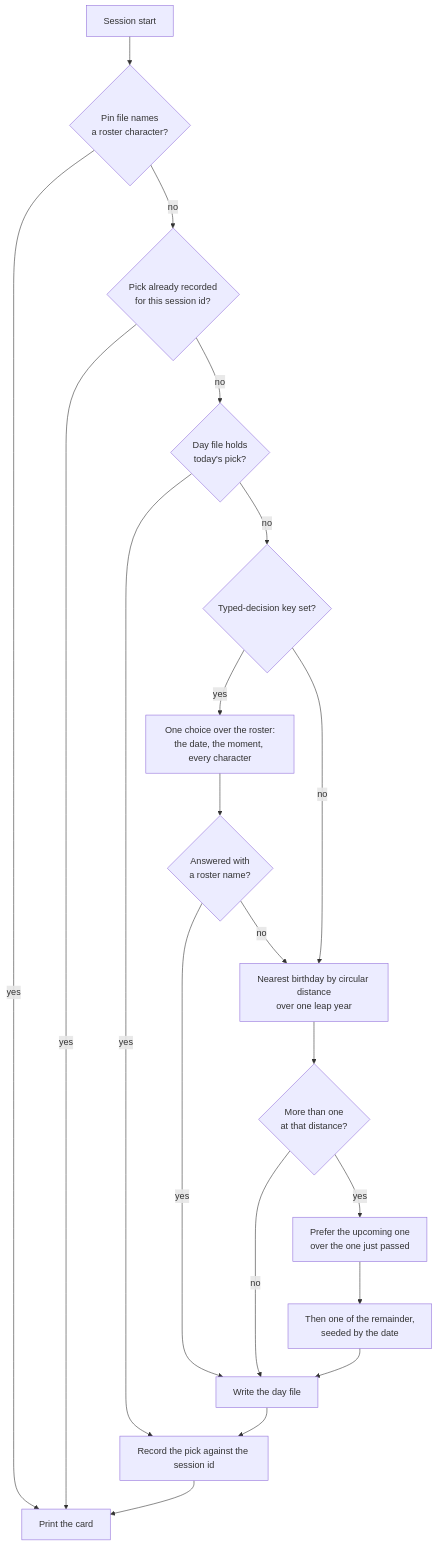
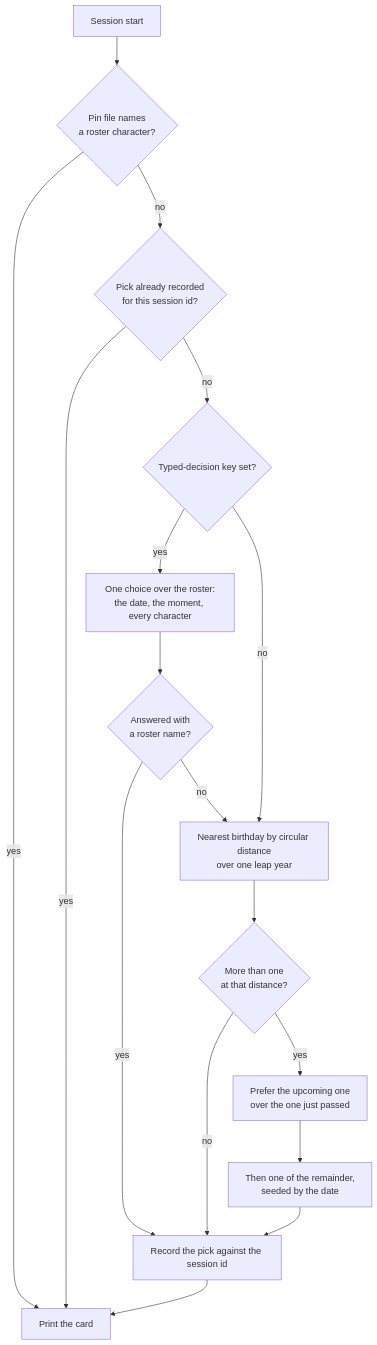
One commit to Esposter/Esposter changed the second of 4 diagrams in apps/web/content/docs/infra/claude-interface/persona-plugin.md. Above: the diagram before and after it, drawn with Mermaid. The commit also changed other lines of this file and 11 other files, not shown here.

First line of the commit message:
feat(genshin-persona): the lore pick asks the tier at every session start instead of caching the day's answer

````diff
--- a/apps/web/content/docs/infra/claude-interface/persona-plugin.md
+++ b/apps/web/content/docs/infra/claude-interface/persona-plugin.md
@@ -64,37 +64,32 @@
 ```mermaid
 flowchart TD
     Start[Session start]
     Pinned{Pin file names<br/>a roster character?}
     Known{Pick already recorded<br/>for this session id?}
-    Day{Day file holds<br/>today's pick?}
     Key{Typed-decision key set?}
     Lore[One choice over the roster:<br/>the date, the moment, every character]
     Answered{Answered with<br/>a roster name?}
     Nearest[Nearest birthday by circular distance<br/>over one leap year]
     Tie{More than one<br/>at that distance?}
     Upcoming[Prefer the upcoming one<br/>over the one just passed]
     Seeded[Then one of the remainder,<br/>seeded by the date]
-    Settle[Write the day file]
     Record[Record the pick against the session id]
     Print[Print the card]
 
     Start --> Pinned
     Pinned -- yes --> Print
     Pinned -- no --> Known
     Known -- yes --> Print
-    Known -- no --> Day
-    Day -- yes --> Record
-    Day -- no --> Key
+    Known -- no --> Key
     Key -- yes --> Lore
     Key -- no --> Nearest
     Lore --> Answered
-    Answered -- yes --> Settle
+    Answered -- yes --> Record
     Answered -- no --> Nearest
     Nearest --> Tie
-    Tie -- no --> Settle
+    Tie -- no --> Record
     Tie -- yes --> Upcoming
     Upcoming --> Seeded
-    Seeded --> Settle
-    Settle --> Record
+    Seeded --> Record
     Record --> Print
 ```
````
